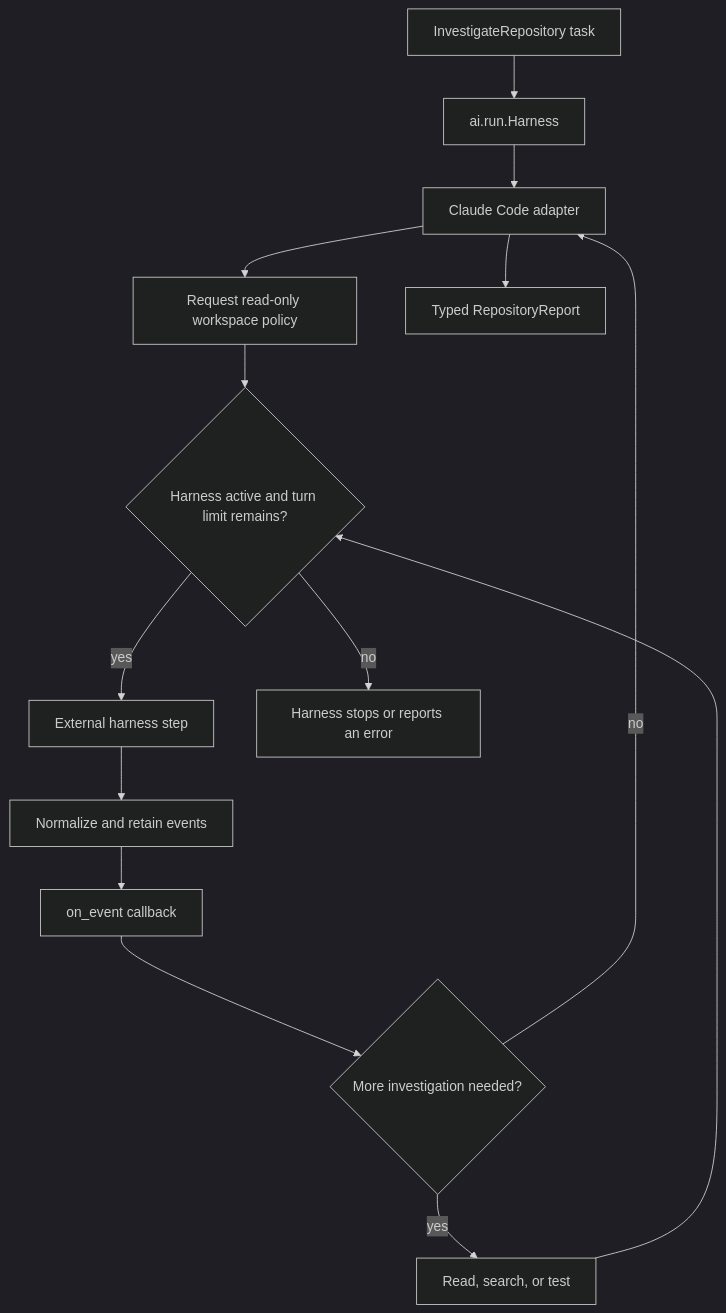
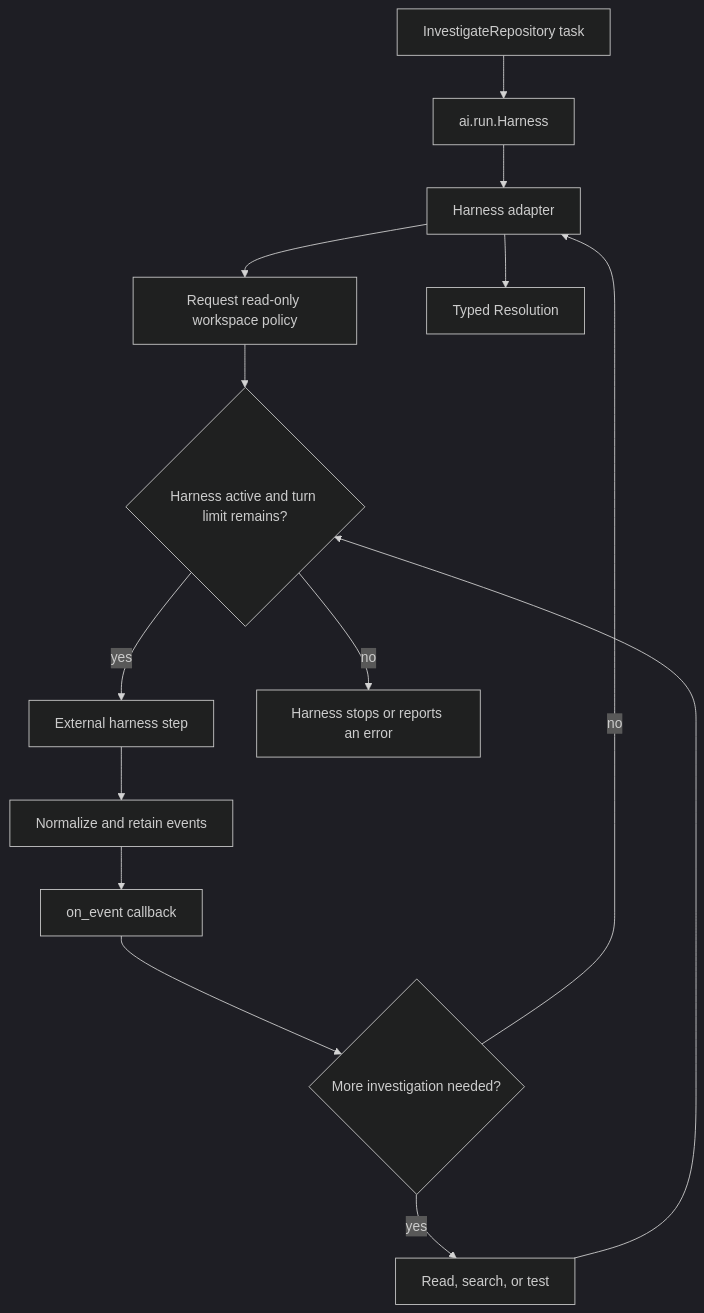
The first of 2 diagrams in baml_language/_plan/bepv4/pages/harnesses-and-custom-extensions.md (BoundaryML/baml), drawn with Mermaid (dark theme) before and after one commit. The commit also changed other lines of this file and 229 other files, not shown here.

````diff
--- a/baml_language/_plan/bepv4/pages/harnesses-and-custom-extensions.md
+++ b/baml_language/_plan/bepv4/pages/harnesses-and-custom-extensions.md
@@ -54,16 +80,16 @@
 ```mermaid
 flowchart TD
   task["InvestigateRepository task"] --> runner["ai.run.Harness"]
-  runner --> adapter["Claude Code adapter"]
+  runner --> adapter["Harness adapter"]
   adapter --> policy["Request read-only workspace policy"]
   policy --> active{"Harness active and turn limit remains?"}
   active -->|yes| step["External harness step"]
   step --> event["Normalize and retain events"]
   event --> callback["on_event callback"]
   callback --> action{"More investigation needed?"}
   action -->|yes| tool["Read, search, or test"]
   tool --> active
   action -->|no| adapter
-  adapter --> report["Typed RepositoryReport"]
+  adapter --> report["Typed Resolution"]
   active -->|no| stopped["Harness stops or reports an error"]
 ```
````
